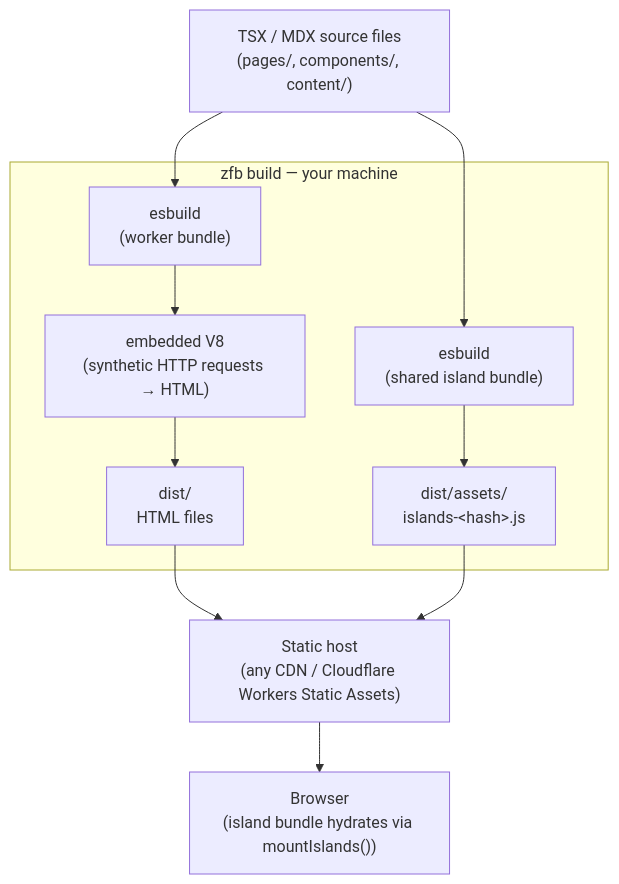
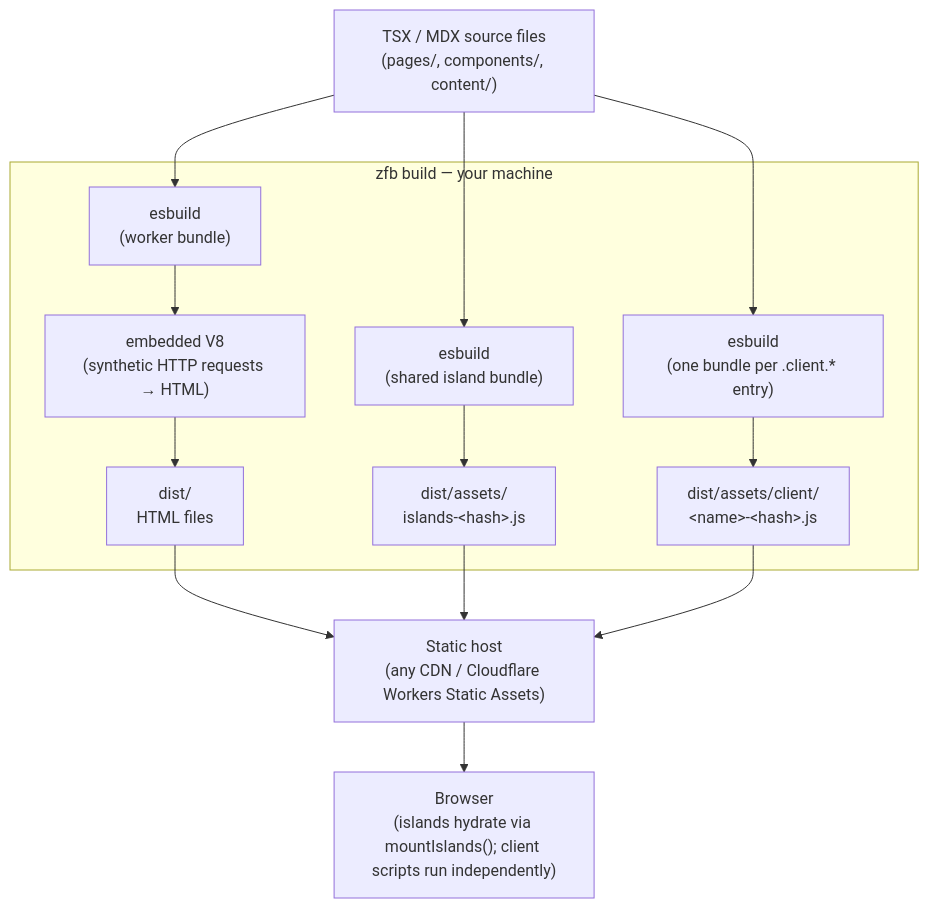
One commit to Takazudo/zudo-front-builder changed the diagram in docs/src/content/docs-ja/concepts/architecture-overview.mdx. Above: the diagram before and after it, drawn with Mermaid. The commit also changed other lines of this file and 9 other files, not shown here.

First line of the commit message:
docs: fix architecture/build-pipeline accuracy gaps (S8, issue #1941)

````diff
--- a/docs/src/content/docs-ja/concepts/architecture-overview.mdx
+++ b/docs/src/content/docs-ja/concepts/architecture-overview.mdx
@@ -62,26 +84,32 @@
 ```mermaid
 flowchart TD
     src["TSX / MDX source files\n(pages/, components/, content/)"]
 
     subgraph build["zfb build — your machine"]
         esbuild_worker["esbuild\n(worker bundle)"]
         v8["embedded V8\n(synthetic HTTP requests → HTML)"]
         esbuild_islands["esbuild\n(shared island bundle)"]
+        esbuild_client["esbuild\n(one bundle per .client.* entry)"]
         dist_html["dist/\nHTML files"]
         dist_js["dist/assets/\nislands-&lt;hash&gt;.js"]
+        dist_client["dist/assets/client/\n&lt;name&gt;-&lt;hash&gt;.js"]
     end
 
     deploy["Static host\n(any CDN / Cloudflare Workers Static Assets)"]
-    browser["Browser\n(island bundle hydrates via mountIslands())"]
+    browser["Browser\n(islands hydrate via mountIslands(); client scripts run independently)"]
 
     src --> esbuild_worker
     esbuild_worker --> v8
     v8 --> dist_html
 
     src --> esbuild_islands
     esbuild_islands --> dist_js
 
+    src --> esbuild_client
+    esbuild_client --> dist_client
+
     dist_html --> deploy
     dist_js --> deploy
+    dist_client --> deploy
     deploy --> browser
 ```
````
